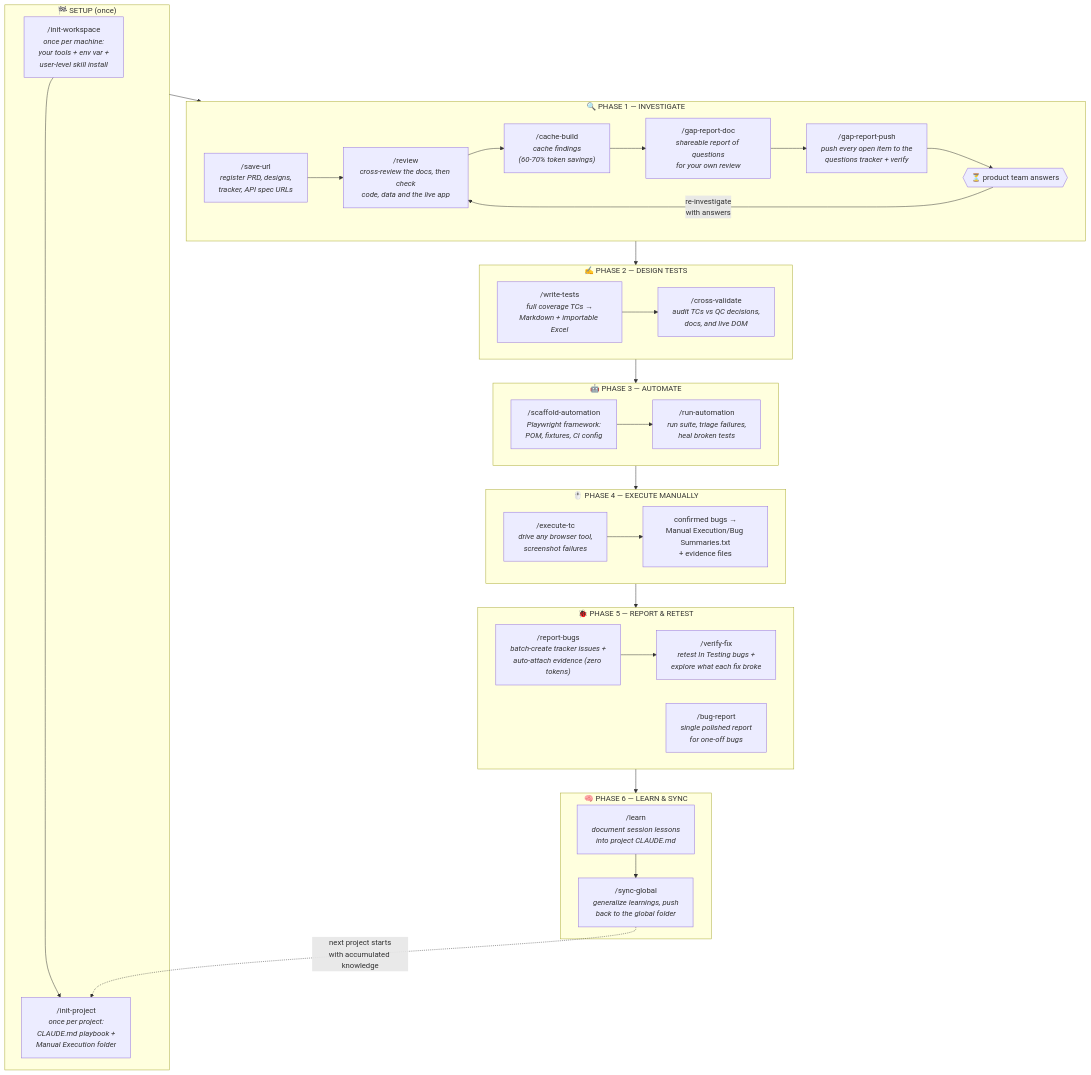
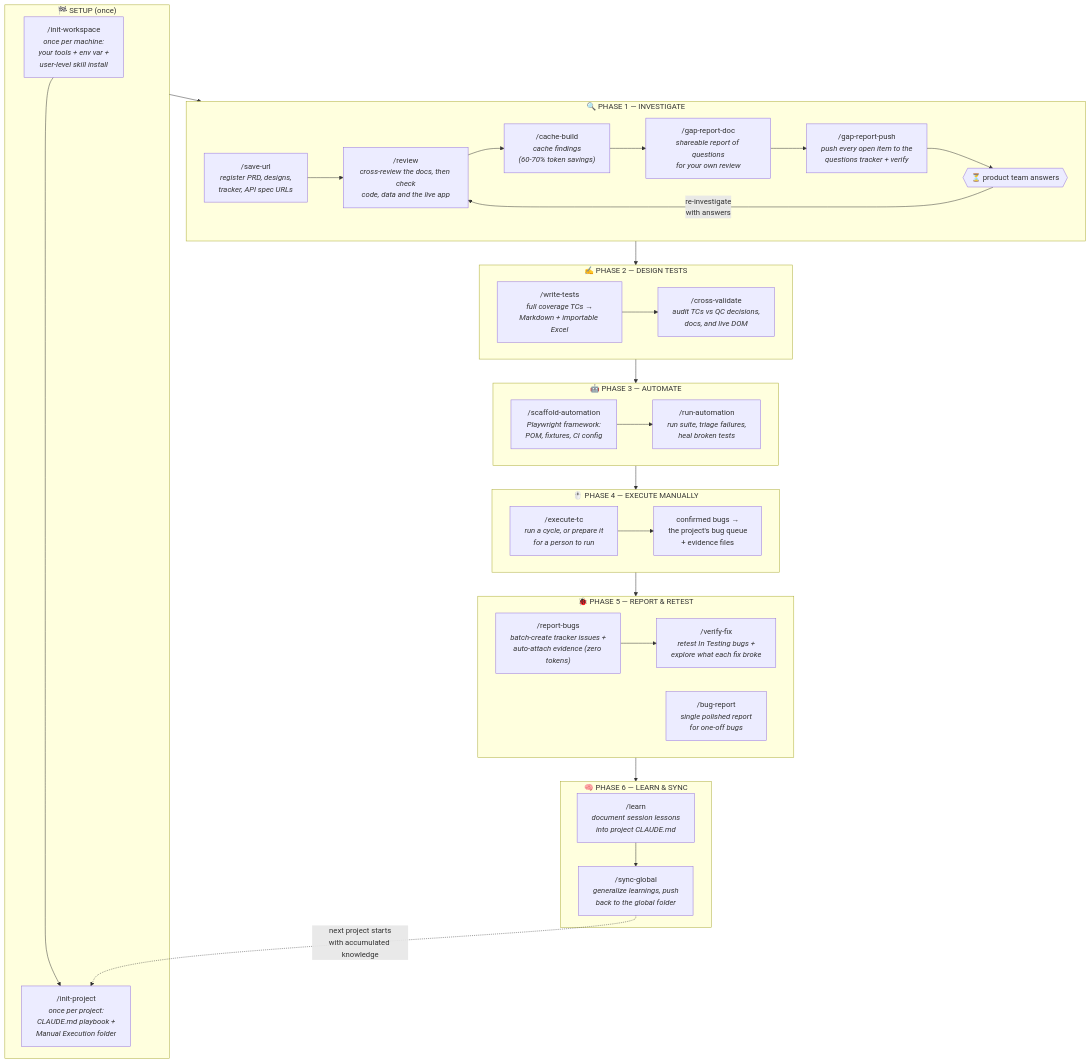
The first of 4 diagrams in README.md (megomagdy/QA-Orchestrator), drawn with Mermaid before and after one commit. The commit also changed other lines of this file, not shown here.

Commit message:
docs: update README Phase 4 for the generic execute-tc

````diff
--- a/README.md
+++ b/README.md
@@ -43,53 +43,53 @@
 ```mermaid
 flowchart TD
     subgraph SETUP["🏁 SETUP (once)"]
         IW["/init-workspace<br/><i>once per machine:<br/>your tools + env var +<br/>user-level skill install</i>"]
         IP["/init-project<br/><i>once per project:<br/>CLAUDE.md playbook +<br/>Manual Execution folder</i>"]
         IW --> IP
     end
 
     subgraph P1["🔍 PHASE 1 — INVESTIGATE"]
         SU["/save-url<br/><i>register PRD, designs,<br/>tracker, API spec URLs</i>"]
         RV["/review<br/><i>cross-review the docs, then check<br/>code, data and the live app</i>"]
         CB["/cache-build<br/><i>cache findings<br/>(60-70% token savings)</i>"]
         GD["/gap-report-doc<br/><i>shareable report of questions<br/>for your own review</i>"]
         GP["/gap-report-push<br/><i>push every open item to the<br/>questions tracker + verify</i>"]
         WAIT{{"⏳ product team answers"}}
         SU --> RV --> CB --> GD --> GP --> WAIT
         WAIT -->|"re-investigate<br/>with answers"| RV
     end
 
     subgraph P2["✍️ PHASE 2 — DESIGN TESTS"]
         WT["/write-tests<br/><i>full coverage TCs →<br/>Markdown + importable Excel</i>"]
         CV["/cross-validate<br/><i>audit TCs vs QC decisions,<br/>docs, and live DOM</i>"]
         WT --> CV
     end
 
     subgraph P3["🤖 PHASE 3 — AUTOMATE"]
         SA["/scaffold-automation<br/><i>Playwright framework:<br/>POM, fixtures, CI config</i>"]
         RA["/run-automation<br/><i>run suite, triage failures,<br/>heal broken tests</i>"]
         SA --> RA
     end
 
     subgraph P4["🖱️ PHASE 4 — EXECUTE MANUALLY"]
-        ET["/execute-tc<br/><i>drive any browser tool,<br/>screenshot failures</i>"]
-        LOG["confirmed bugs →<br/>Manual Execution/Bug Summaries.txt<br/>+ evidence files"]
+        ET["/execute-tc<br/><i>run a cycle, or prepare it<br/>for a person to run</i>"]
+        LOG["confirmed bugs →<br/>the project's bug queue<br/>+ evidence files"]
         ET --> LOG
     end
 
     subgraph P5["🐞 PHASE 5 — REPORT & RETEST"]
         RB["/report-bugs<br/><i>batch-create tracker issues +<br/>auto-attach evidence (zero tokens)</i>"]
         BR["/bug-report<br/><i>single polished report<br/>for one-off bugs</i>"]
         VF["/verify-fix<br/><i>retest In Testing bugs +<br/>explore what each fix broke</i>"]
         RB --> VF
     end
 
     subgraph P6["🧠 PHASE 6 — LEARN & SYNC"]
         LN["/learn<br/><i>document session lessons<br/>into project CLAUDE.md</i>"]
         SG["/sync-global<br/><i>generalize learnings, push<br/>back to the global folder</i>"]
         LN --> SG
     end
 
     SETUP --> P1 --> P2 --> P3 --> P4 --> P5 --> P6
     SG -.->|"next project starts<br/>with accumulated knowledge"| IP
 ```
````
